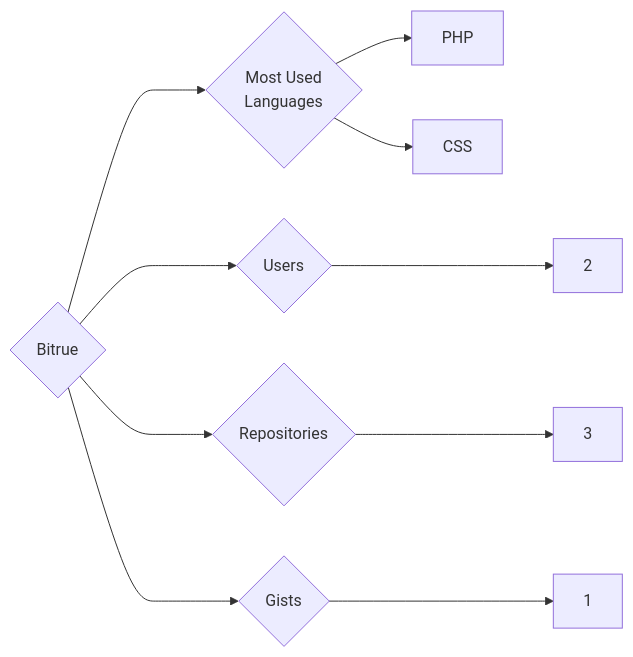
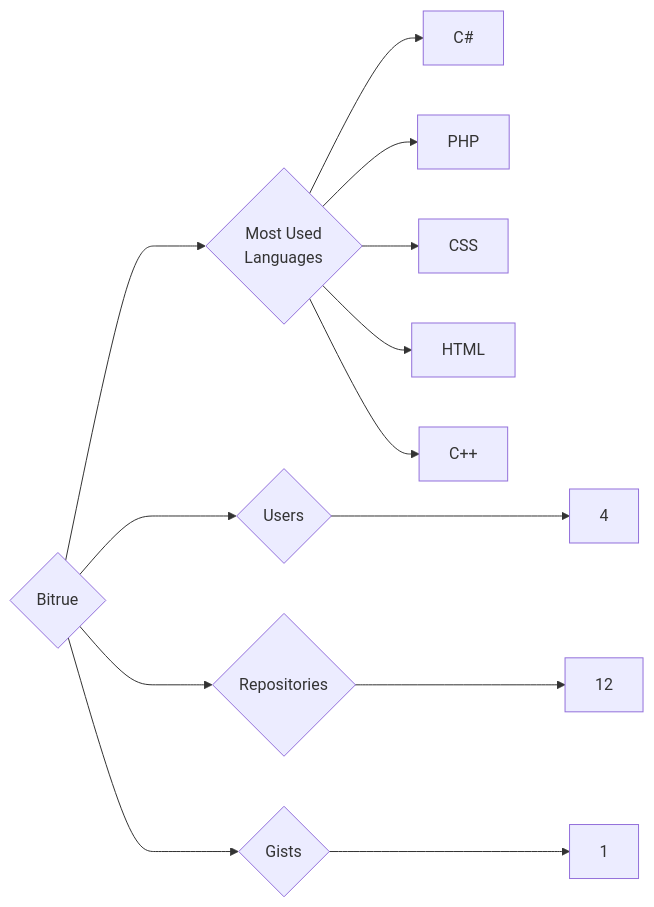
One commit to trickest/insiders changed the diagram in targets/Bitrue/README.md. Above: the diagram before and after it, drawn with Mermaid. The commit also changed 796 other files, not shown here.

````diff
--- a/targets/Bitrue/README.md
+++ b/targets/Bitrue/README.md
@@ -3,10 +3,13 @@
 ```mermaid
 graph LR
 COMPANY_NAME{Bitrue}
-COMPANY_NAME ---> U{Users} ---> UN[2]
-COMPANY_NAME ---> R{Repositories} ---> RN[3]
+COMPANY_NAME ---> U{Users} ---> UN[4]
+COMPANY_NAME ---> R{Repositories} ---> RN[12]
 COMPANY_NAME ---> G{Gists} ---> GN[1]
 COMPANY_NAME ---> ML{Most Used<br>Languages}
+ML --> C#[C#]
 ML --> PHP[PHP]
 ML --> CSS[CSS]
+ML --> HTML[HTML]
+ML --> C++[C++]
 ```
````
